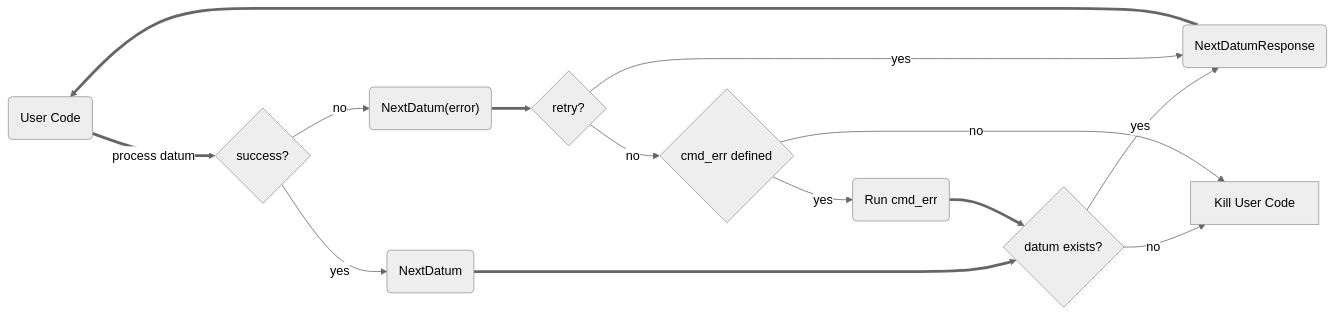
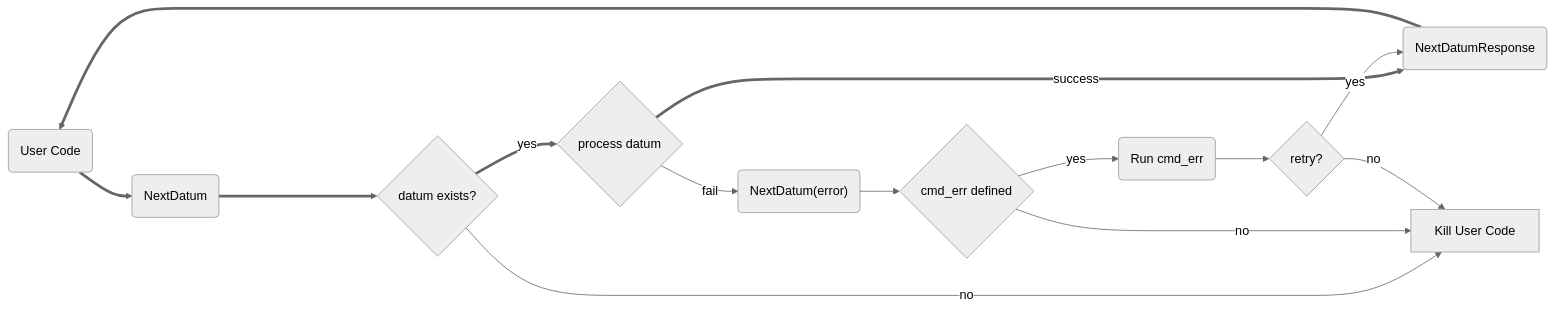
The diagram in latest/prepare-data/datum-batching.md (pachyderm/docs-content), drawn with Mermaid (neutral theme) before and after one commit. The commit also changed other lines of this file and 429 other files, not shown here.

````diff
--- a/latest/prepare-data/datum-batching.md
+++ b/latest/prepare-data/datum-batching.md
@@ -20,29 +21,30 @@
 ```mermaid
 flowchart LR
-  user_code(User Code)
-  ndsuccess(NextDatum)
-  nderror("NextDatum(error)")
-  success?{success?}
-  response(NextDatumResponse)
-  
-  cmd_err(Run cmd_err)
-  kill[Kill User Code]  
-  datum?{datum exists?}
-  retry?{retry?}
-  cmd_err?{cmd_err defined}
-  
-  user_code ==>|process datum| success?
-  response ==> user_code
-  success? -->|yes| ndsuccess =====> datum?
-  success? --> |no| nderror ==> retry?
-	
-  datum? -->|yes| response
-  datum? --> |no| kill
-  
-  retry? -->|yes| response
-  retry? --> |no| cmd_err?
+    user_code(User Code)
+    ndsuccess(NextDatum)
+    nderror("NextDatum(error)")
+    response(NextDatumResponse)
+    process_datum{process datum}
 
-  cmd_err? -->|yes| cmd_err ==> datum?
-  cmd_err? --> |no| kill
+    cmd_err(Run cmd_err)
+    kill[Kill User Code]  
+    datum?{datum exists?}
+    retry?{retry?}
+    cmd_err?{cmd_err defined}
+
+    user_code ==>ndsuccess
+    ndsuccess =====> datum?
+    datum? ==>|yes| process_datum
+    process_datum ==>|success| response
+    response ==> user_code
+
+    datum? -->|no| kill
+    process_datum -->|fail| nderror
+    nderror --> cmd_err?
+    cmd_err? -->|yes| cmd_err
+    cmd_err? -->|no|kill
+    cmd_err --> retry?
+    retry? -->|yes| response
+    retry? -->|no| kill
   
 ```
````
